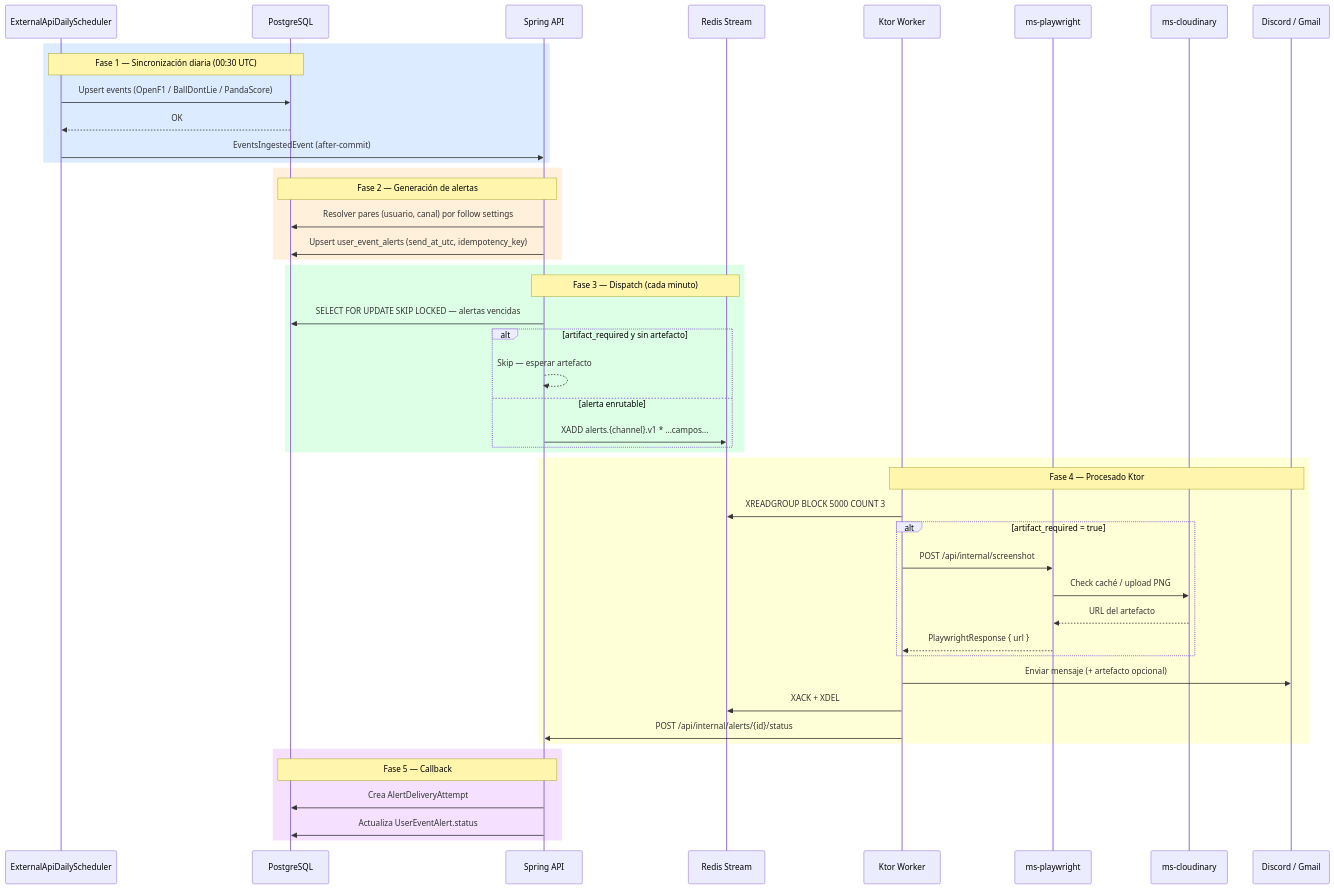
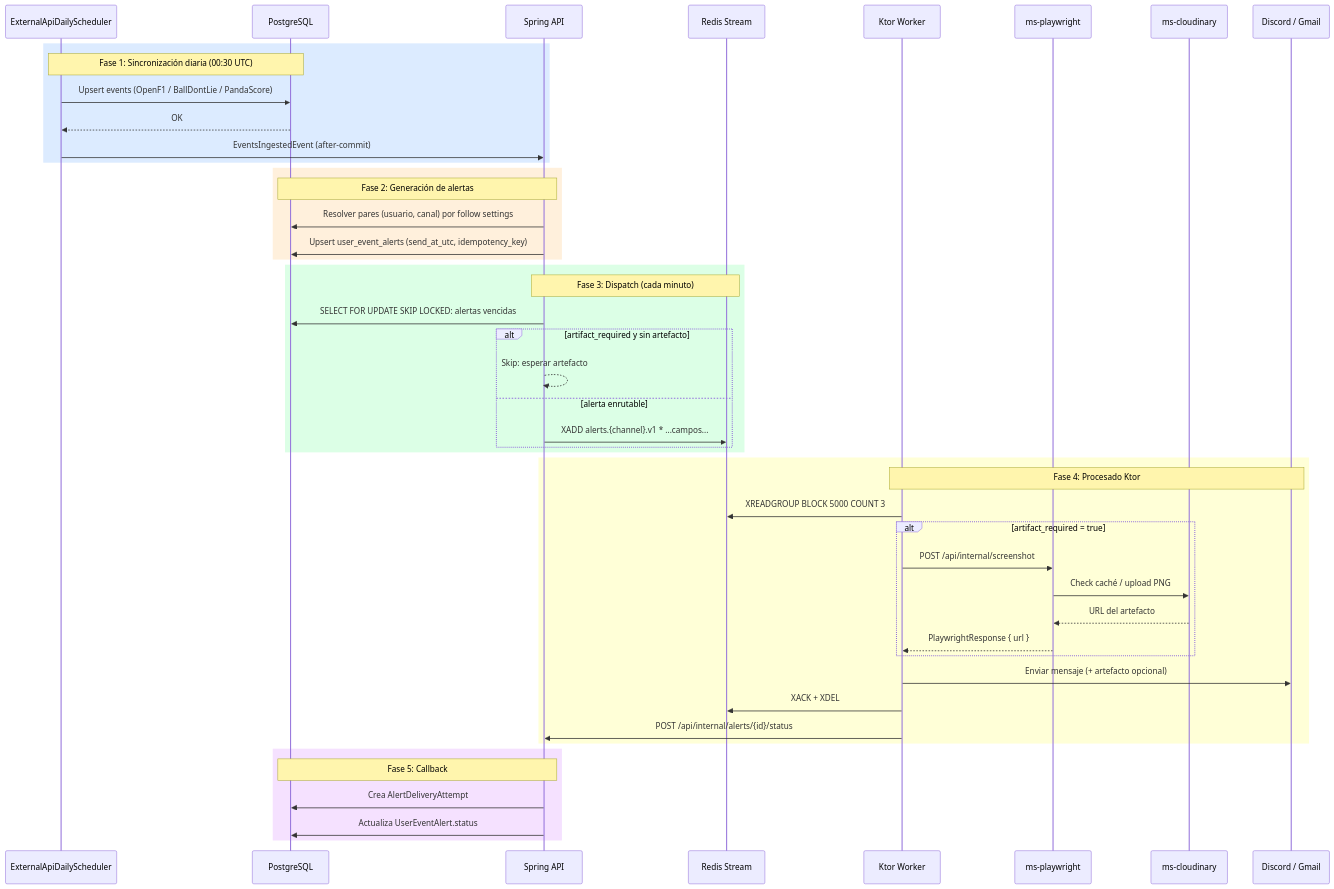
One commit to TFG-Avellaneda-25-26/parallax-sports-docs changed the diagram in content/flujos/entrega-alertas.md. Above: the diagram before and after it, drawn with Mermaid. The commit also changed other lines of this file and 37 other files, not shown here.

````diff
--- a/content/flujos/entrega-alertas.md
+++ b/content/flujos/entrega-alertas.md
@@ -27,54 +27,54 @@
 ```mermaid
 sequenceDiagram
     participant Sched as ExternalApiDailyScheduler
     participant DB as PostgreSQL
     participant Spring as Spring API
     participant Redis as Redis Stream
     participant Ktor as Ktor Worker
     participant PW as ms-playwright
     participant Cloud as ms-cloudinary
     participant Prov as Discord / Gmail
 
     rect rgb(220,235,255)
-        Note over Sched,DB: Fase 1 — Sincronización diaria (00:30 UTC)
+        Note over Sched,DB: Fase 1: Sincronización diaria (00:30 UTC)
         Sched->>DB: Upsert events (OpenF1 / BallDontLie / PandaScore)
         DB-->>Sched: OK
         Sched->>Spring: EventsIngestedEvent (after-commit)
     end
 
     rect rgb(255,240,220)
-        Note over Spring,DB: Fase 2 — Generación de alertas
+        Note over Spring,DB: Fase 2: Generación de alertas
         Spring->>DB: Resolver pares (usuario, canal) por follow settings
         Spring->>DB: Upsert user_event_alerts (send_at_utc, idempotency_key)
     end
 
     rect rgb(220,255,230)
-        Note over Spring,Redis: Fase 3 — Dispatch (cada minuto)
-        Spring->>DB: SELECT FOR UPDATE SKIP LOCKED — alertas vencidas
+        Note over Spring,Redis: Fase 3: Dispatch (cada minuto)
+        Spring->>DB: SELECT FOR UPDATE SKIP LOCKED: alertas vencidas
         alt artifact_required y sin artefacto
-            Spring-->>Spring: Skip — esperar artefacto
+            Spring-->>Spring: Skip: esperar artefacto
         else alerta enrutable
             Spring->>Redis: XADD alerts.{channel}.v1 * ...campos...
         end
     end
 
     rect rgb(255,255,215)
-        Note over Ktor,Prov: Fase 4 — Procesado Ktor
+        Note over Ktor,Prov: Fase 4: Procesado Ktor
         Ktor->>Redis: XREADGROUP BLOCK 5000 COUNT 3
         alt artifact_required = true
             Ktor->>PW: POST /api/internal/screenshot
             PW->>Cloud: Check caché / upload PNG
             Cloud-->>PW: URL del artefacto
             PW-->>Ktor: PlaywrightResponse { url }
         end
         Ktor->>Prov: Enviar mensaje (+ artefacto opcional)
         Ktor->>Redis: XACK + XDEL
         Ktor->>Spring: POST /api/internal/alerts/{id}/status
     end
 
     rect rgb(245,225,255)
-        Note over Spring,DB: Fase 5 — Callback
+        Note over Spring,DB: Fase 5: Callback
         Spring->>DB: Crea AlertDeliveryAttempt
         Spring->>DB: Actualiza UserEventAlert.status
     end
 ```
````
